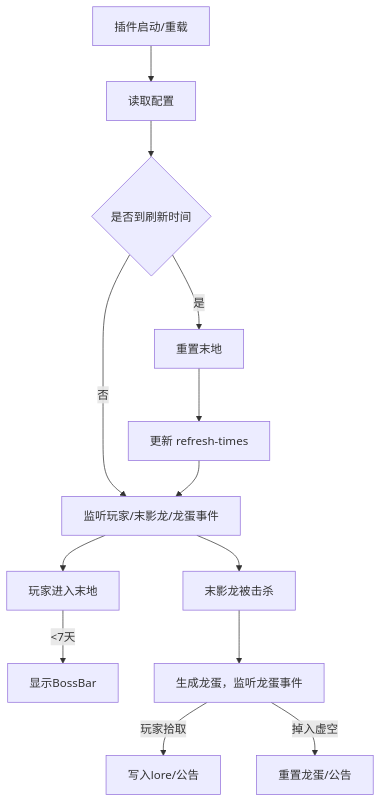
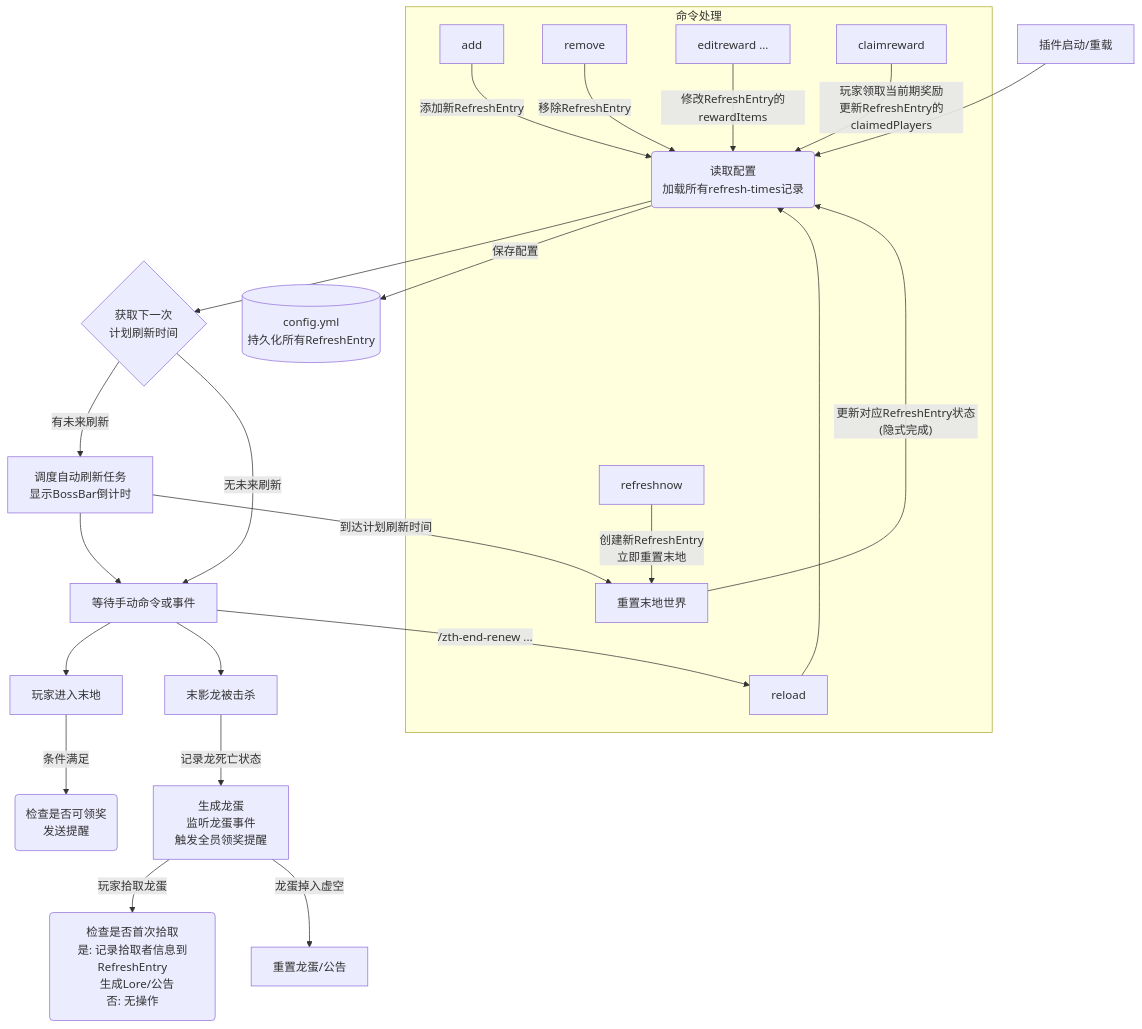
One commit to RIA-AED/ZthTerminal3EndAutoRenew changed the diagram in README.md. Above: the diagram before and after it, drawn with Mermaid. The commit also changed other lines of this file, not shown here.

````diff
--- a/README.md
+++ b/README.md
@@ -47,15 +90,33 @@
 ```mermaid
 flowchart TD
-    A[插件启动/重载] --> B[读取配置]
-    B --> C{是否到刷新时间}
-    C -- 否 --> D[监听玩家/末影龙/龙蛋事件]
+    A[插件启动/重载] --> B(读取配置<br/>加载所有refresh-times记录)
+    B --> C{获取下一次<br/>计划刷新时间}
+    C -- 有未来刷新 --> S[调度自动刷新任务<br/>显示BossBar倒计时]
+    S --> D
+    C -- 无未来刷新 --> D[等待手动命令或事件]
+
     D --> E[玩家进入末地]
-    E -- <7天 --> F[显示BossBar]
+    E -- 条件满足 --> EB(检查是否可领奖<br/>发送提醒)
+
     D --> G[末影龙被击杀]
-    G --> H[生成龙蛋，监听龙蛋事件]
-    H -- 玩家拾取 --> I[写入lore/公告]
-    H -- 掉入虚空 --> J[重置龙蛋/公告]
-    C -- 是 --> K[重置末地]
-    K --> L[更新 refresh-times]
-    L --> D
+    G -- 记录龙死亡状态 --> H[生成龙蛋<br/>监听龙蛋事件<br/>触发全员领奖提醒]
+
+    H -- 玩家拾取龙蛋 --> I(检查是否首次拾取<br/>是: 记录拾取者信息到RefreshEntry<br/>   生成Lore/公告<br/>否: 无操作)
+    H -- 龙蛋掉入虚空 --> J[重置龙蛋/公告]
+
+    subgraph "命令处理"
+        CMD_RL[reload] --> B
+        CMD_ADD[add <time>] -- 添加新RefreshEntry --> B
+        CMD_RM[remove <time>] -- 移除RefreshEntry --> B
+        CMD_RN[refreshnow] -- 创建新RefreshEntry<br/>立即重置末地 --> K
+        CMD_ER[editreward <time> ...] -- 修改RefreshEntry的rewardItems --> B
+        CMD_CR[claimreward] -- 玩家领取当前期奖励<br/>更新RefreshEntry的claimedPlayers --> B
+    end
+
+    D -- /zth-end-renew ... --> CMD_RL
+
+    S -- 到达计划刷新时间 --> K[重置末地世界]
+    K -- 更新对应RefreshEntry状态(隐式完成) --> B
+
+    B -- 保存配置 --> FS[(config.yml<br/>持久化所有RefreshEntry)]
 ```
````
